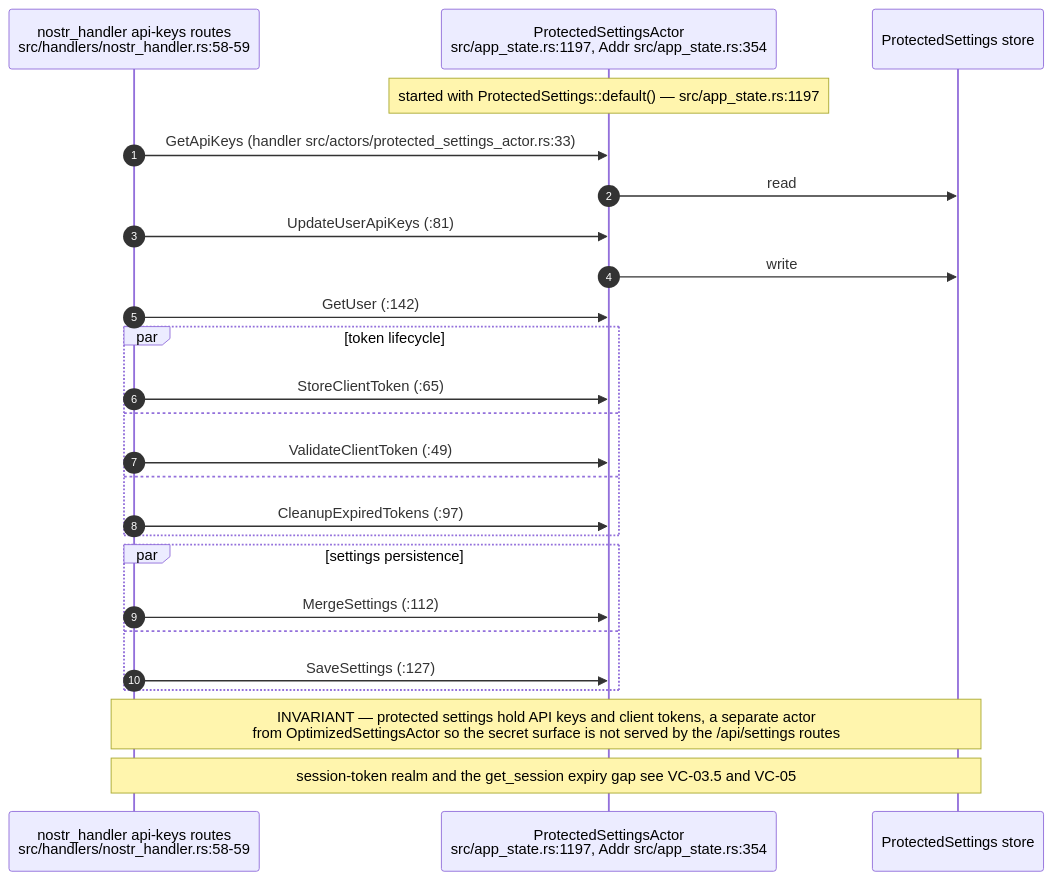
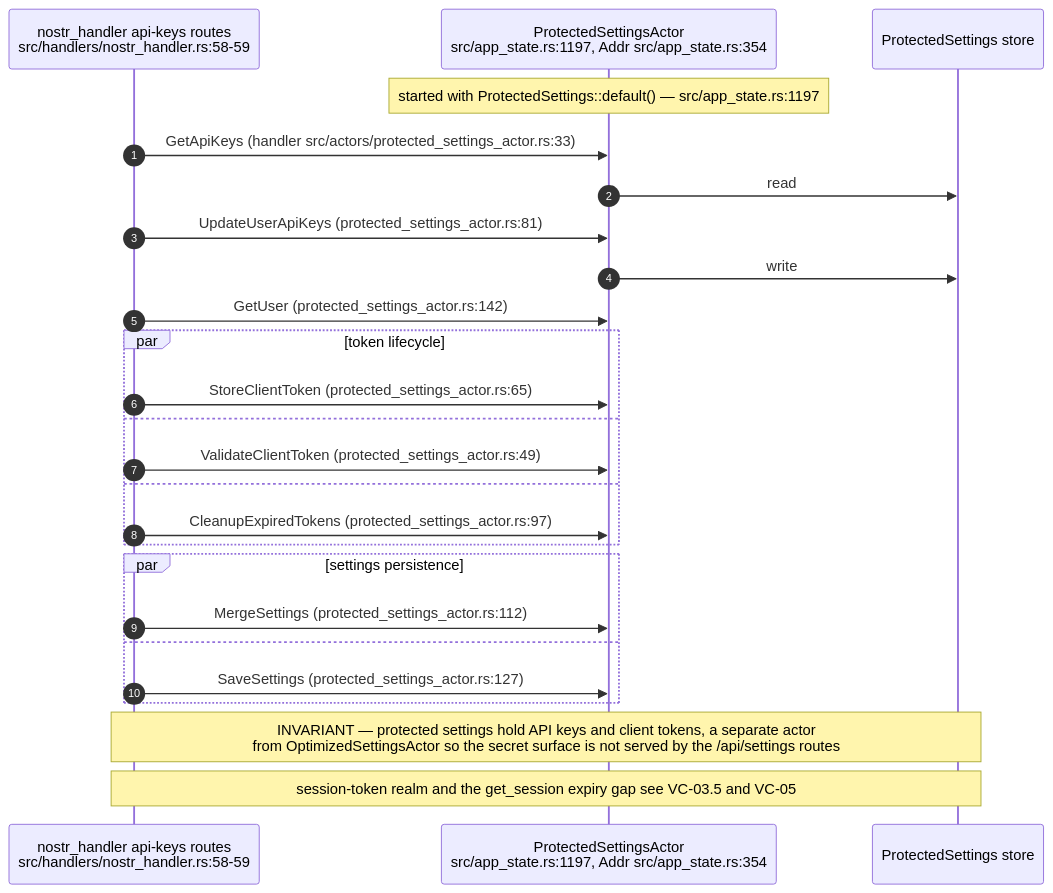
Before and after one commit to DreamLab-AI/VisionFlow: the sixth of 10 diagrams in docs/diagrams/visionclaw/06-settings-round-trip.md, drawn with Mermaid. The commit also changed other lines of this file and 52 other files, not shown here.

First line of the commit message:
docs(diagrams): wave 3 checkpoint — bare line refs resolved, revision-pinned cite-check, VC-05/AB-01..13 re-attested

````diff
--- a/docs/diagrams/visionclaw/06-settings-round-trip.md
+++ b/docs/diagrams/visionclaw/06-settings-round-trip.md
@@ -214,28 +216,28 @@
 ```mermaid
 sequenceDiagram
     autonumber
     participant H as nostr_handler api-keys routes<br/>src/handlers/nostr_handler.rs:58-59
     participant PS as ProtectedSettingsActor<br/>src/app_state.rs:1197, Addr src/app_state.rs:354
     participant ST as ProtectedSettings store
 
     Note over PS: started with ProtectedSettings::default() — src/app_state.rs:1197
     H->>PS: GetApiKeys (handler src/actors/protected_settings_actor.rs:33)
     PS->>ST: read
-    H->>PS: UpdateUserApiKeys (:81)
+    H->>PS: UpdateUserApiKeys (protected_settings_actor.rs:81)
     PS->>ST: write
-    H->>PS: GetUser (:142)
+    H->>PS: GetUser (protected_settings_actor.rs:142)
     par token lifecycle
-        H->>PS: StoreClientToken (:65)
+        H->>PS: StoreClientToken (protected_settings_actor.rs:65)
     and
-        H->>PS: ValidateClientToken (:49)
+        H->>PS: ValidateClientToken (protected_settings_actor.rs:49)
     and
-        H->>PS: CleanupExpiredTokens (:97)
+        H->>PS: CleanupExpiredTokens (protected_settings_actor.rs:97)
     end
     par settings persistence
-        H->>PS: MergeSettings (:112)
+        H->>PS: MergeSettings (protected_settings_actor.rs:112)
     and
-        H->>PS: SaveSettings (:127)
+        H->>PS: SaveSettings (protected_settings_actor.rs:127)
     end
     Note over H,ST: INVARIANT — protected settings hold API keys and client tokens, a separate actor<br/>from OptimizedSettingsActor so the secret surface is not served by the /api/settings routes
     Note over H,ST: session-token realm and the get_session expiry gap see VC-03.5 and VC-05
 ```
````
